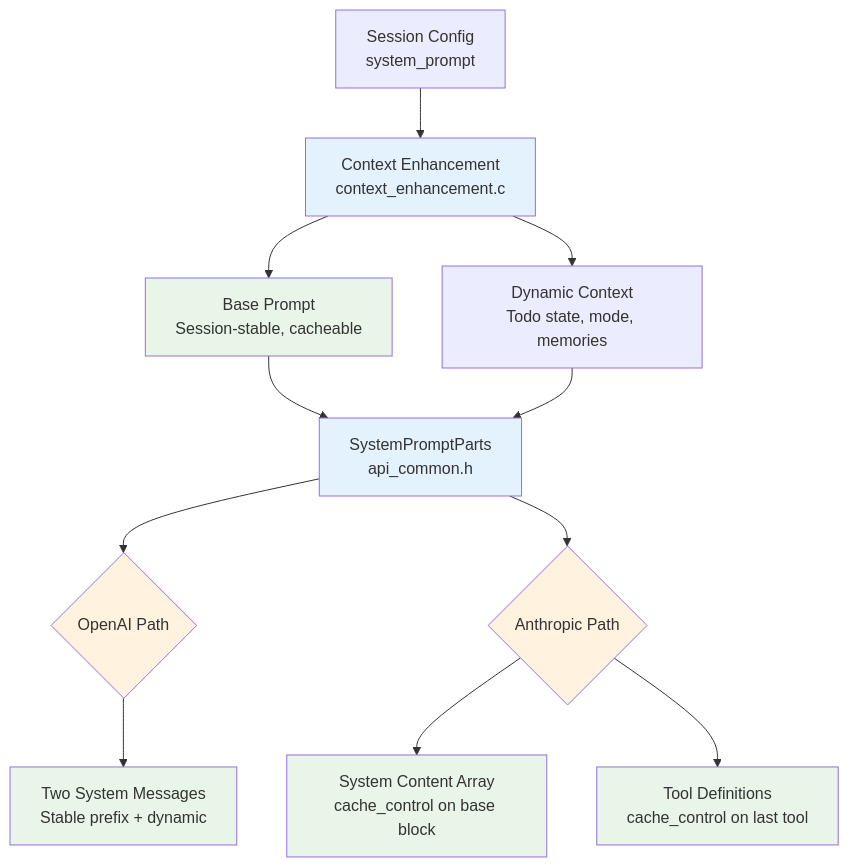
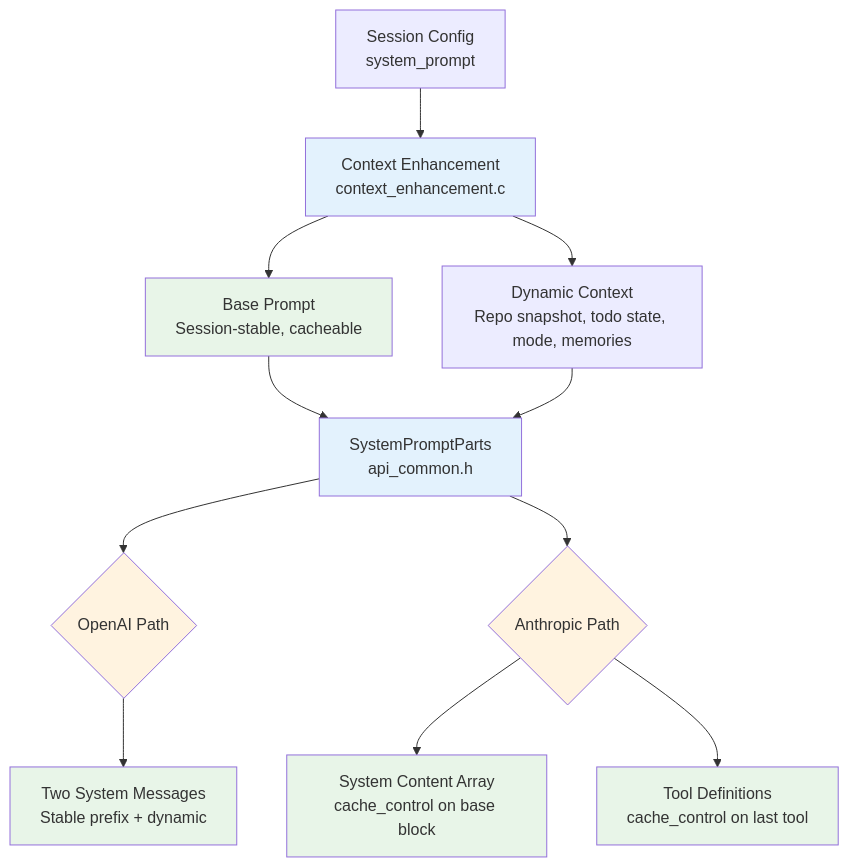
Diagram 12 of 20 in ARCHITECTURE.md (tgittos/scaffold), drawn with Mermaid before and after one commit. The commit also changed other lines of this file and 126 other files, not shown here.

````diff
--- a/ARCHITECTURE.md
+++ b/ARCHITECTURE.md
@@ -675,24 +688,24 @@
 ```mermaid
 graph TB
     Session[Session Config<br/>system_prompt] --> Enhancement[Context Enhancement<br/>context_enhancement.c]
     Enhancement --> BasePart[Base Prompt<br/>Session-stable, cacheable]
-    Enhancement --> DynPart[Dynamic Context<br/>Todo state, mode, memories]
+    Enhancement --> DynPart[Dynamic Context<br/>Repo snapshot, todo state, mode, memories]
 
     BasePart --> SysParts[SystemPromptParts<br/>api_common.h]
     DynPart --> SysParts
 
     SysParts --> OpenAIPath{OpenAI Path}
     SysParts --> AnthropicPath{Anthropic Path}
 
     OpenAIPath --> TwoMsgs[Two System Messages<br/>Stable prefix + dynamic]
     AnthropicPath --> SysArray[System Content Array<br/>cache_control on base block]
     AnthropicPath --> ToolCache[Tool Definitions<br/>cache_control on last tool]
 
     classDef cache fill:#e8f5e8
     classDef split fill:#e3f2fd
     classDef path fill:#fff3e0
 
     class BasePart,TwoMsgs,SysArray,ToolCache cache
     class Enhancement,SysParts split
     class OpenAIPath,AnthropicPath path
 ```
````
